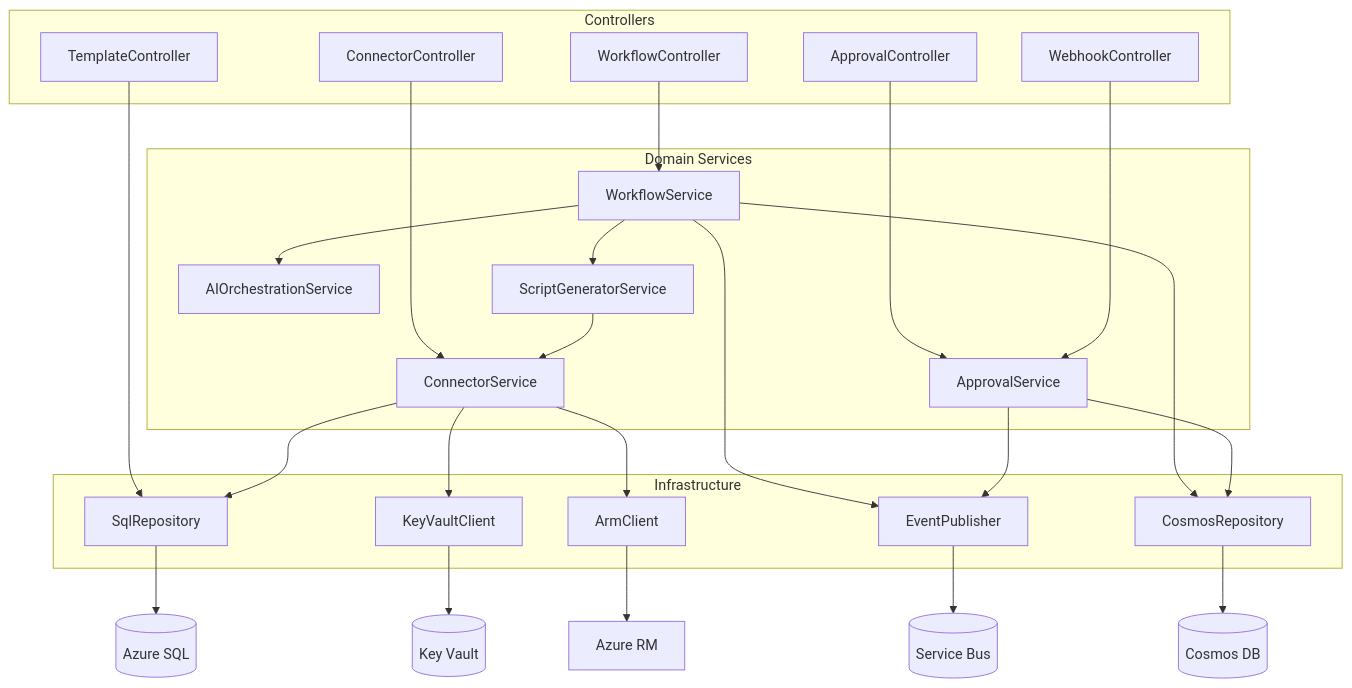
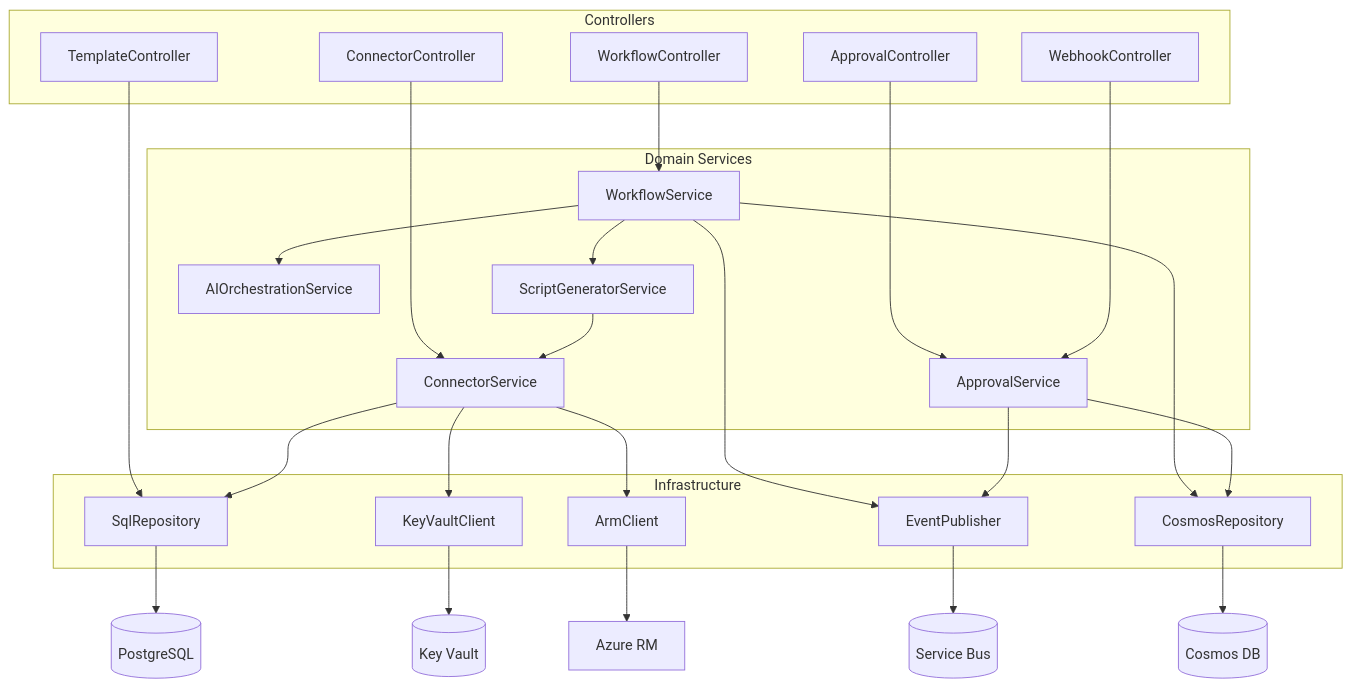
Before and after one commit to toanduong/ai-workflow: the fourth of 22 diagrams in docs/architecture/Architecture-Documentation.md, drawn with Mermaid. The commit also changed other lines of this file and 15 other files, not shown here.

````diff
--- a/docs/architecture/Architecture-Documentation.md
+++ b/docs/architecture/Architecture-Documentation.md
@@ -223,47 +223,47 @@
 ```mermaid
 flowchart TB
     subgraph Controllers
         WC[WorkflowController]
         AC[ApprovalController]
         TC[TemplateController]
         CC[ConnectorController]
         WH[WebhookController]
     end
 
     subgraph DomainServices["Domain Services"]
         WS[WorkflowService]
         AS[ApprovalService]
         AO[AIOrchestrationService]
         SG[ScriptGeneratorService]
         CS[ConnectorService]
     end
 
     subgraph Infrastructure
         EP[EventPublisher]
         CR[CosmosRepository]
         SR[SqlRepository]
         KVC[KeyVaultClient]
         ARMC[ArmClient]
     end
 
     WC --> WS
     AC --> AS
     TC --> SR
     CC --> CS
     WH --> AS
     WS --> AO
     WS --> SG
     WS --> EP
     WS --> CR
     AS --> EP
     AS --> CR
     CS --> SR
     CS --> KVC
     CS --> ARMC
     SG --> CS
     EP --> BUS[(Service Bus)]
     CR --> COSMOS[(Cosmos DB)]
-    SR --> SQL[(Azure SQL)]
+    SR --> SQL[(PostgreSQL)]
     KVC --> KV[(Key Vault)]
     ARMC --> ARM[Azure RM]
 ```
````
